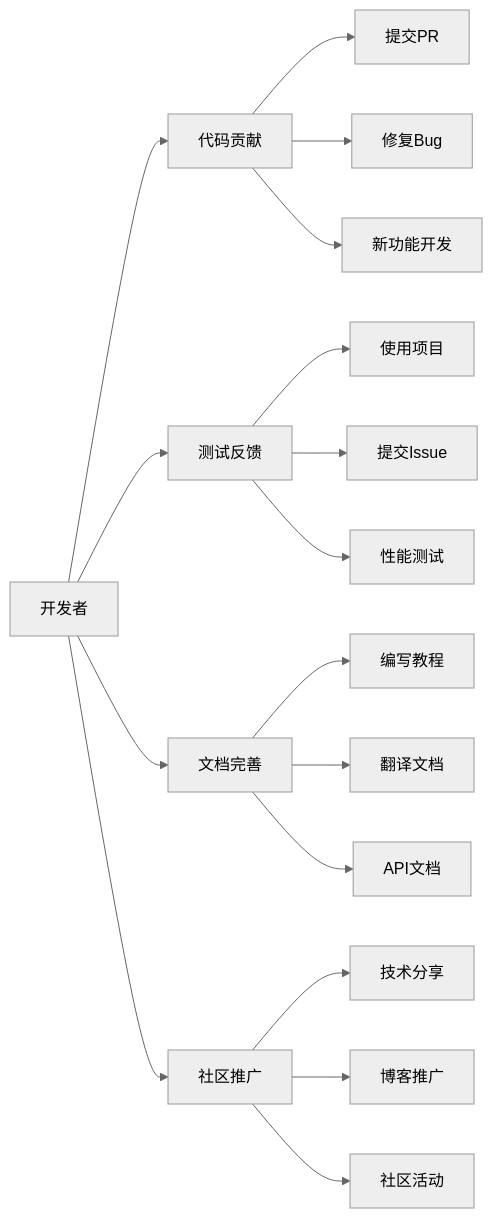
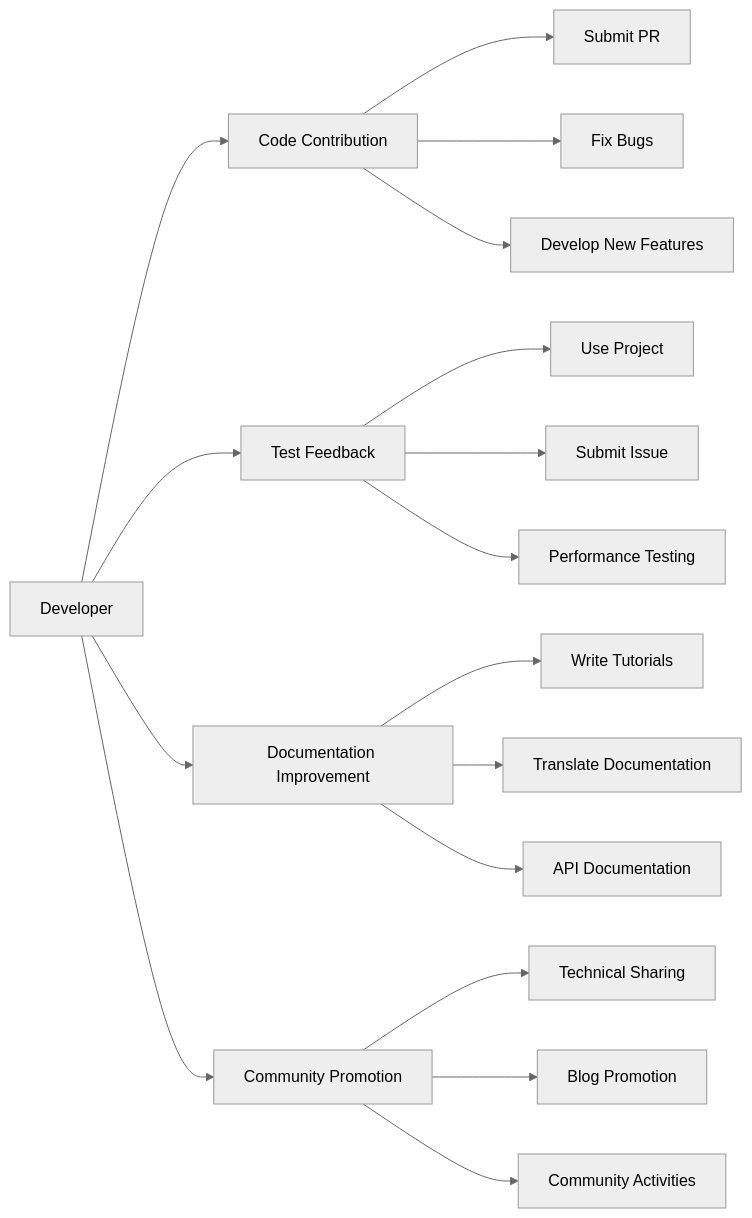
The second of 2 diagrams in profile/README.md (AIDotNet/.github), drawn with Mermaid (neutral theme) before and after one commit. The commit also changed other lines of this file, not shown here.

````diff
--- a/profile/README.md
+++ b/profile/README.md
@@ -144,23 +143,23 @@
 ```mermaid
 graph LR
-    A[开发者] --> B[代码贡献]
-    A --> C[测试反馈]
-    A --> D[文档完善]
-    A --> E[社区推广]
+    A[Developer] --> B[Code Contribution]
+    A --> C[Test Feedback]
+    A --> D[Documentation Improvement]
+    A --> E[Community Promotion]
     
-    B --> F[提交PR]
-    B --> G[修复Bug]
-    B --> H[新功能开发]
+    B --> F[Submit PR]
+    B --> G[Fix Bugs]
+    B --> H[Develop New Features]
     
-    C --> I[使用项目]
-    C --> J[提交Issue]
-    C --> K[性能测试]
+    C --> I[Use Project]
+    C --> J[Submit Issue]
+    C --> K[Performance Testing]
     
-    D --> L[编写教程]
-    D --> M[翻译文档]
-    D --> N[API文档]
+    D --> L[Write Tutorials]
+    D --> M[Translate Documentation]
+    D --> N[API Documentation]
     
-    E --> O[技术分享]
-    E --> P[博客推广]
-    E --> Q[社区活动]
+    E --> O[Technical Sharing]
+    E --> P[Blog Promotion]
+    E --> Q[Community Activities]
 ```
````
